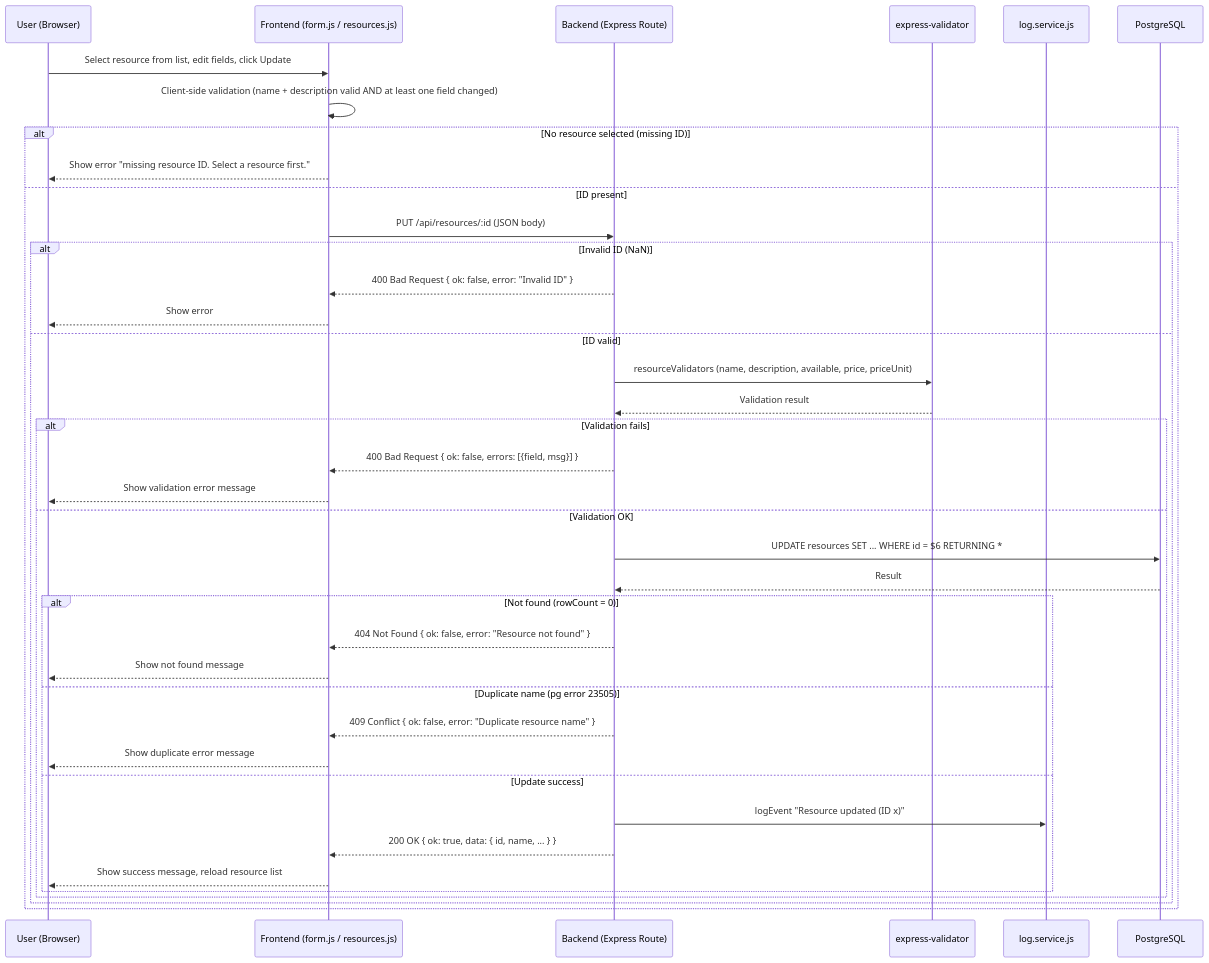
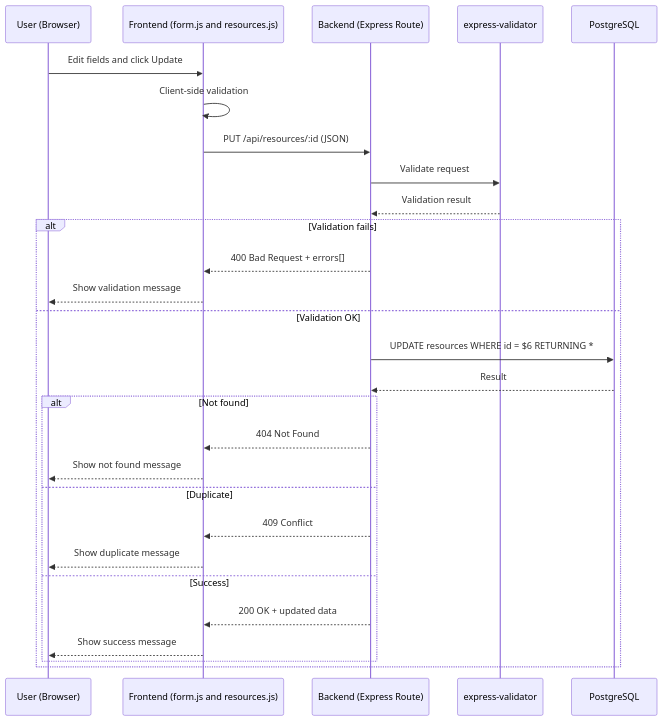
One commit to IbnBaqqi/adv-web changed the third of 4 diagrams in BookingSystem/Phase6/G1_CRUD_DataFlow.md. Above: the diagram before and after it, drawn with Mermaid. The commit also changed other lines of this file, not shown here.

````diff
--- a/BookingSystem/Phase6/G1_CRUD_DataFlow.md
+++ b/BookingSystem/Phase6/G1_CRUD_DataFlow.md
@@ -99,46 +84,34 @@
 ```mermaid
 sequenceDiagram
     participant U as User (Browser)
-    participant F as Frontend (form.js / resources.js)
+    participant F as Frontend (form.js and resources.js)
     participant B as Backend (Express Route)
     participant V as express-validator
-    participant L as log.service.js
     participant DB as PostgreSQL
 
-    U->>F: Select resource from list, edit fields, click Update
-    F->>F: Client-side validation (name + description valid AND at least one field changed)
+    U->>F: Edit fields and click Update
+    F->>F: Client-side validation
+    F->>B: PUT /api/resources/:id (JSON)
 
-    alt No resource selected (missing ID)
-        F-->>U: Show error "missing resource ID. Select a resource first."
-    else ID present
-        F->>B: PUT /api/resources/:id (JSON body)
+    B->>V: Validate request
+    V-->>B: Validation result
 
-        alt Invalid ID (NaN)
-            B-->>F: 400 Bad Request { ok: false, error: "Invalid ID" }
-            F-->>U: Show error
-        else ID valid
-            B->>V: resourceValidators (name, description, available, price, priceUnit)
-            V-->>B: Validation result
+    alt Validation fails
+        B-->>F: 400 Bad Request + errors[]
+        F-->>U: Show validation message
+    else Validation OK
+        B->>DB: UPDATE resources WHERE id = $6 RETURNING *
+        DB-->>B: Result
 
-            alt Validation fails
-                B-->>F: 400 Bad Request { ok: false, errors: [{field, msg}] }
-                F-->>U: Show validation error message
-            else Validation OK
-                B->>DB: UPDATE resources SET ... WHERE id = $6 RETURNING *
-                DB-->>B: Result
-
-                alt Not found (rowCount = 0)
-                    B-->>F: 404 Not Found { ok: false, error: "Resource not found" }
-                    F-->>U: Show not found message
-                else Duplicate name (pg error 23505)
-                    B-->>F: 409 Conflict { ok: false, error: "Duplicate resource name" }
-                    F-->>U: Show duplicate error message
-                else Update success
-                    B->>L: logEvent "Resource updated (ID x)"
-                    B-->>F: 200 OK { ok: true, data: { id, name, ... } }
-                    F-->>U: Show success message, reload resource list
-                end
-            end
+        alt Not found
+            B-->>F: 404 Not Found
+            F-->>U: Show not found message
+        else Duplicate
+            B-->>F: 409 Conflict
+            F-->>U: Show duplicate message
+        else Success
+            B-->>F: 200 OK + updated data
+            F-->>U: Show success message
         end
     end
 ```
````
